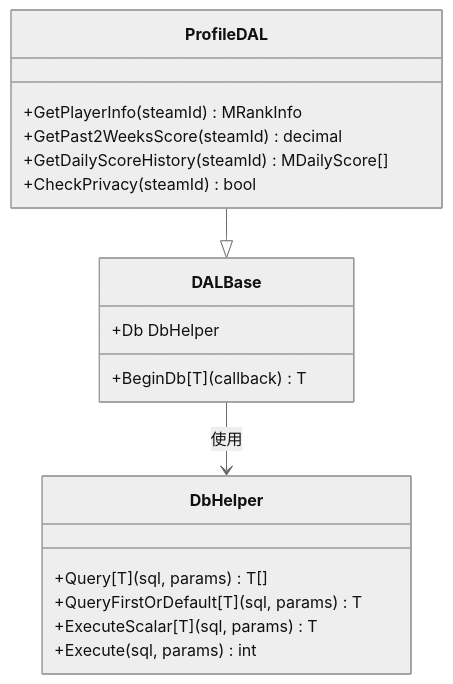
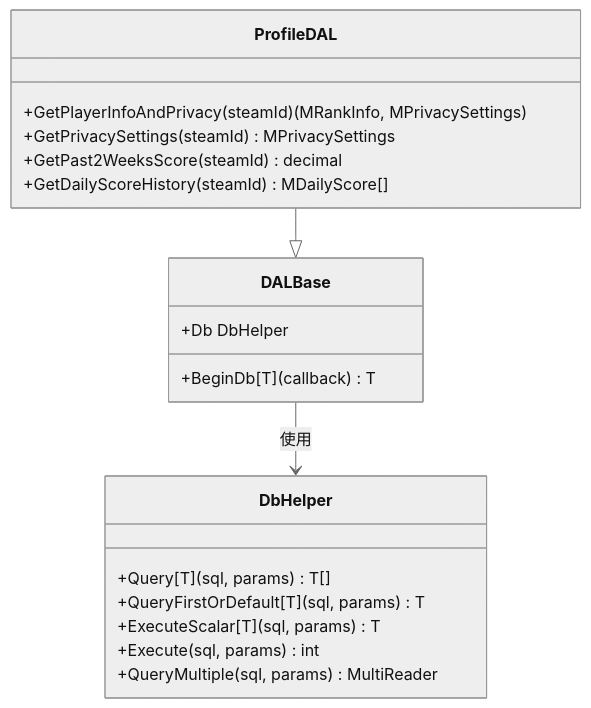
Before and after one commit to TinyMaD/SpeedRunnersLab: the fifth of 32 diagrams in .qoder/repowiki/zh/content/后端 API 服务/用户管理模块/个人资料系统.md, drawn with Mermaid (neutral theme). The commit also changed other lines of this file and 29 other files, not shown here.

````diff
--- a/.qoder/repowiki/zh/content/后端 API 服务/用户管理模块/个人资料系统.md
+++ b/.qoder/repowiki/zh/content/后端 API 服务/用户管理模块/个人资料系统.md
@@ -327,21 +382,22 @@
 ```mermaid
 classDiagram
 class ProfileDAL {
-+GetPlayerInfo(steamId) MRankInfo
++GetPlayerInfoAndPrivacy(steamId) (MRankInfo, MPrivacySettings)
++GetPrivacySettings(steamId) MPrivacySettings
 +GetPast2WeeksScore(steamId) decimal
 +GetDailyScoreHistory(steamId) MDailyScore[]
-+CheckPrivacy(steamId) bool
 }
 class DALBase {
 +Db DbHelper
 +BeginDb[T](callback) T
 }
 class DbHelper {
 +Query[T](sql, params) T[]
 +QueryFirstOrDefault[T](sql, params) T
 +ExecuteScalar[T](sql, params) T
 +Execute(sql, params) int
++QueryMultiple(sql, params) MultiReader
 }
 ProfileDAL --|> DALBase
 DALBase --> DbHelper : 使用
 ```
````
